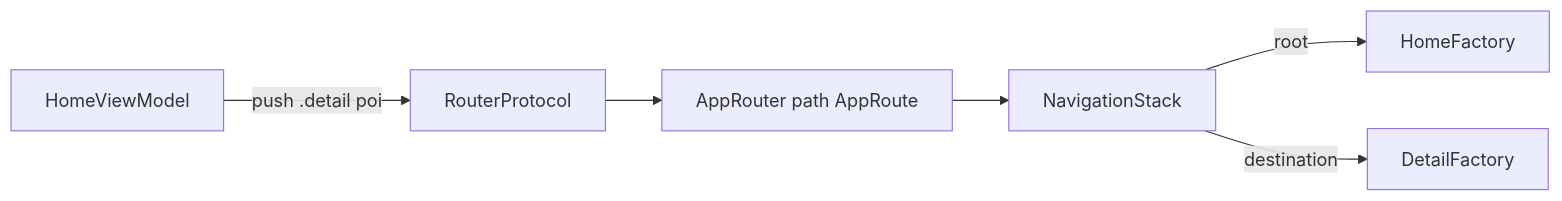
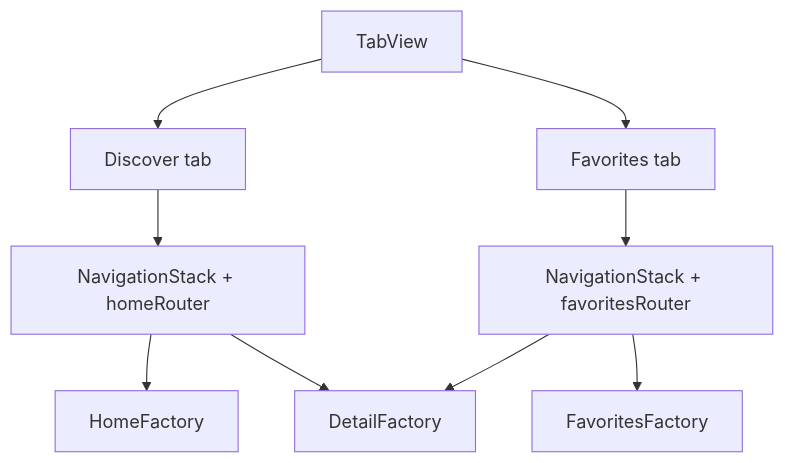
One commit to luizmellodev/Blueprint changed the diagram in Documentation/Content/en/architecture/navigation.md. Above: the diagram before and after it, drawn with Mermaid. The commit also changed other lines of this file and 14 other files, not shown here.

First line of the commit message:
Add Favorites tab flow with DI and tests

````diff
--- a/Documentation/Content/en/architecture/navigation.md
+++ b/Documentation/Content/en/architecture/navigation.md
@@ -50,15 +52,12 @@
 ```mermaid
-flowchart LR
-  VM[HomeViewModel]
-  R[RouterProtocol]
-  AR[AppRouter path AppRoute]
-  NS[NavigationStack]
-  HF[HomeFactory]
-  DF[DetailFactory]
-
-  VM -->|push .detail poi| R
-  R --> AR
-  AR --> NS
-  NS -->|root| HF
-  NS -->|destination| DF
+flowchart TB
+  TAB[TabView]
+  TAB --> DISC[Discover tab]
+  TAB --> FAV[Favorites tab]
+  DISC --> NS1[NavigationStack + homeRouter]
+  FAV --> NS2[NavigationStack + favoritesRouter]
+  NS1 --> HF[HomeFactory]
+  NS2 --> FF[FavoritesFactory]
+  NS1 --> DF[DetailFactory]
+  NS2 --> DF
 ```
````
